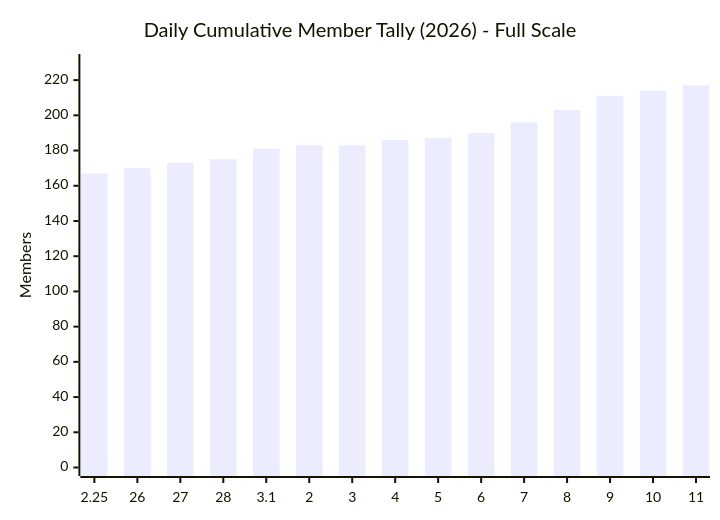
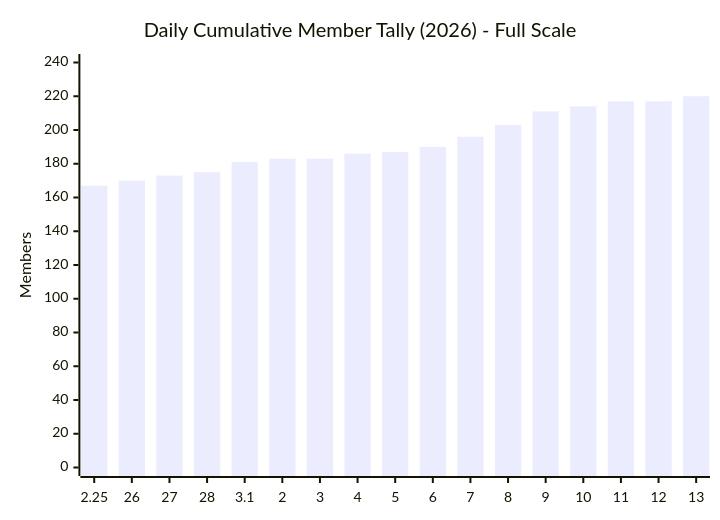
Before and after one commit to MattSherwood/March-web: the first of 3 diagrams in exports/charts/daily-cumulative-member-tally-2026.md, drawn with Mermaid. The commit also changed other lines of this file and 4 other files, not shown here.

````diff
--- a/exports/charts/daily-cumulative-member-tally-2026.md
+++ b/exports/charts/daily-cumulative-member-tally-2026.md
@@ -5,7 +5,7 @@
 ```mermaid
 xychart-beta
     title "Daily Cumulative Member Tally (2026) - Full Scale"
-  x-axis ["2.25", "26", "27", "28", "3.1", "2", "3", "4", "5", "6", "7", "8", "9", "10", "11"]
-  y-axis "Members" 0 --> 230
-  bar [167, 170, 173, 175, 181, 183, 183, 186, 187, 190, 196, 203, 211, 214, 217]
+  x-axis ["2.25", "26", "27", "28", "3.1", "2", "3", "4", "5", "6", "7", "8", "9", "10", "11", "12", "13"]
+  y-axis "Members" 0 --> 240
+  bar [167, 170, 173, 175, 181, 183, 183, 186, 187, 190, 196, 203, 211, 214, 217, 217, 220]
 ```
````
